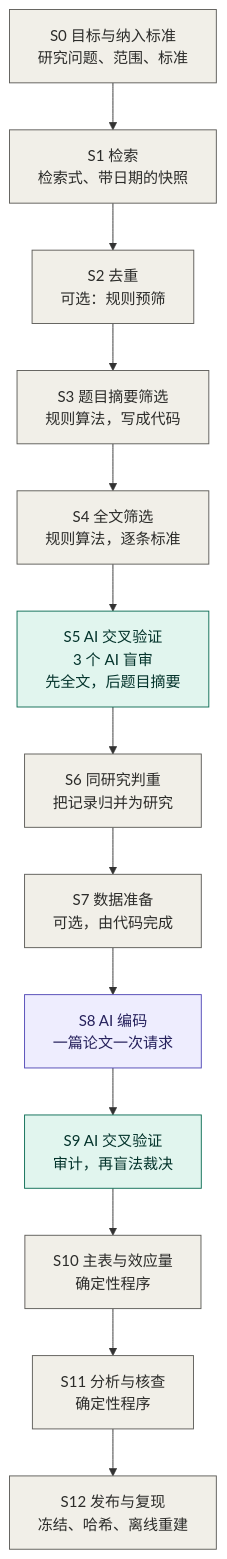
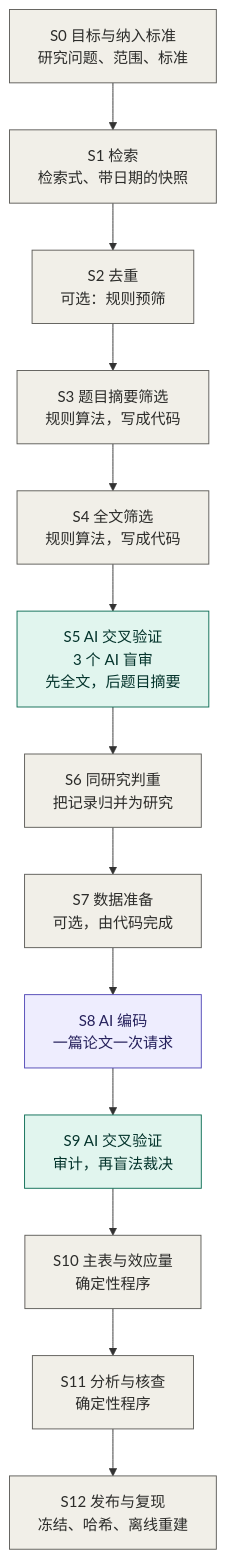
One commit to shanbuzaigao/raes changed the diagram in README.zh-CN.md. Above: the diagram before and after it, drawn with Mermaid. The commit also changed 2 other files, not shown here.

Commit message:
Use the same label for both screening stages in the figure

````diff
--- a/README.zh-CN.md
+++ b/README.zh-CN.md
@@ -21,25 +21,25 @@
 ```mermaid
 flowchart TD
     S0["S0 目标与纳入标准<br/>研究问题、范围、标准"]
     S1["S1 检索<br/>检索式、带日期的快照"]
     S2["S2 去重<br/>可选：规则预筛"]
     S3["S3 题目摘要筛选<br/>规则算法，写成代码"]
-    S4["S4 全文筛选<br/>规则算法，逐条标准"]
+    S4["S4 全文筛选<br/>规则算法，写成代码"]
     S5["S5 AI 交叉验证<br/>3 个 AI 盲审<br/>先全文，后题目摘要"]
     S6["S6 同研究判重<br/>把记录归并为研究"]
     S7["S7 数据准备<br/>可选，由代码完成"]
     S8["S8 AI 编码<br/>一篇论文一次请求"]
     S9["S9 AI 交叉验证<br/>审计，再盲法裁决"]
     S10["S10 主表与效应量<br/>确定性程序"]
     S11["S11 分析与核查<br/>确定性程序"]
     S12["S12 发布与复现<br/>冻结、哈希、离线重建"]
 
     S0 --> S1 --> S2 --> S3 --> S4 --> S5 --> S6 --> S7 --> S8 --> S9 --> S10 --> S11 --> S12
 
     classDef code fill:#F1EFE8,stroke:#5F5E5A,color:#2C2C2A
     classDef exec fill:#EEEDFE,stroke:#534AB7,color:#26215C
     classDef audit fill:#E1F5EE,stroke:#0F6E56,color:#04342C
     class S0,S1,S2,S3,S4,S6,S7,S10,S11,S12 code
     class S8 exec
     class S5,S9 audit
 ```
````
